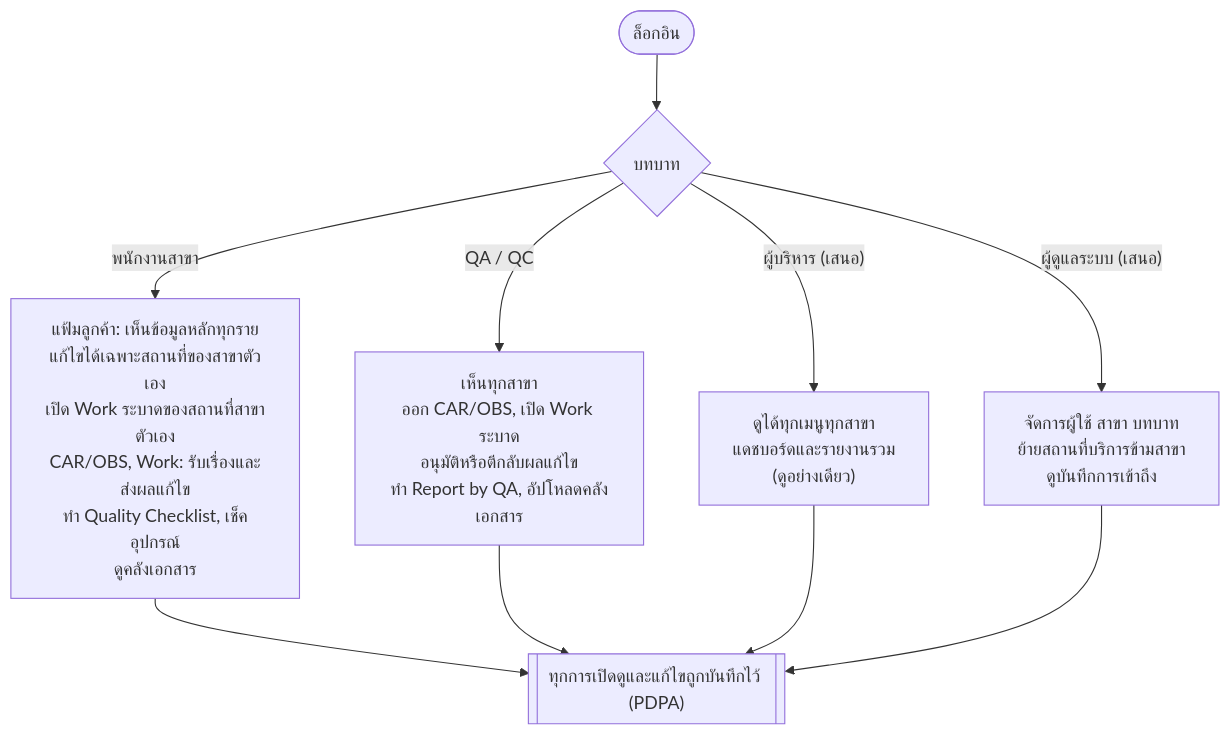
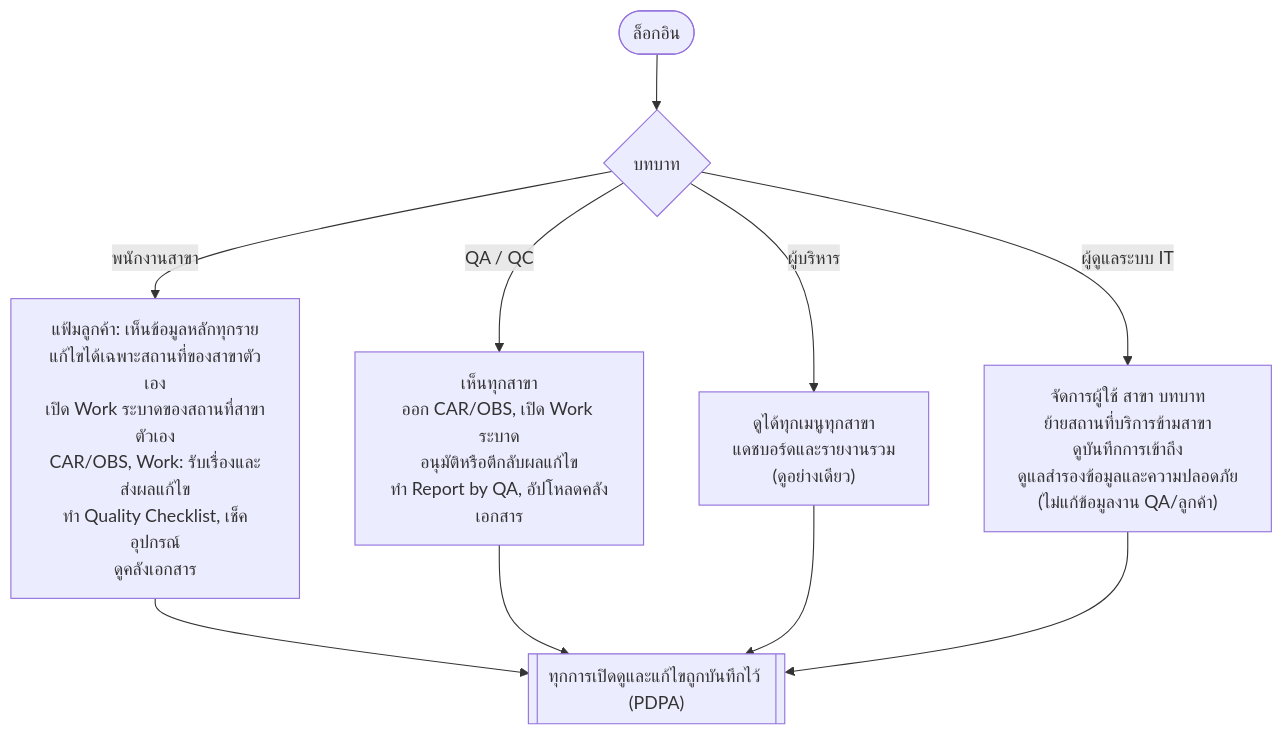
One commit to warayuthsema-alt/my-house-sh2401 changed the second of 12 diagrams in docs/research/2026-11-07-advance-group-asia-workflow-diagrams.md. Above: the diagram before and after it, drawn with Mermaid. The commit also changed other lines of this file and 2 other files, not shown here.

First line of the commit message:
Workflow diagrams v7: clickable steps with explanations; add exec and IT roles

````diff
--- a/docs/research/2026-11-07-advance-group-asia-workflow-diagrams.md
+++ b/docs/research/2026-11-07-advance-group-asia-workflow-diagrams.md
@@ -61,11 +61,11 @@
 ```mermaid
 flowchart TD
     A(["ล็อกอิน"]) --> B{"บทบาท"}
 
     B -- "พนักงานสาขา" --> C["แฟ้มลูกค้า: เห็นข้อมูลหลักทุกราย<br/>แก้ไขได้เฉพาะสถานที่ของสาขาตัวเอง<br/>เปิด Work ระบาดของสถานที่สาขาตัวเอง<br/>CAR/OBS, Work: รับเรื่องและส่งผลแก้ไข<br/>ทำ Quality Checklist, เช็คอุปกรณ์<br/>ดูคลังเอกสาร"]
     B -- "QA / QC" --> D["เห็นทุกสาขา<br/>ออก CAR/OBS, เปิด Work ระบาด<br/>อนุมัติหรือตีกลับผลแก้ไข<br/>ทำ Report by QA, อัปโหลดคลังเอกสาร"]
-    B -- "ผู้บริหาร (เสนอ)" --> E["ดูได้ทุกเมนูทุกสาขา<br/>แดชบอร์ดและรายงานรวม<br/>(ดูอย่างเดียว)"]
-    B -- "ผู้ดูแลระบบ (เสนอ)" --> F["จัดการผู้ใช้ สาขา บทบาท<br/>ย้ายสถานที่บริการข้ามสาขา<br/>ดูบันทึกการเข้าถึง"]
+    B -- "ผู้บริหาร" --> E["ดูได้ทุกเมนูทุกสาขา<br/>แดชบอร์ดและรายงานรวม<br/>(ดูอย่างเดียว)"]
+    B -- "ผู้ดูแลระบบ IT" --> F["จัดการผู้ใช้ สาขา บทบาท<br/>ย้ายสถานที่บริการข้ามสาขา<br/>ดูบันทึกการเข้าถึง<br/>ดูแลสำรองข้อมูลและความปลอดภัย<br/>(ไม่แก้ข้อมูลงาน QA/ลูกค้า)"]
 
     C & D & E & F --> G[["ทุกการเปิดดูและแก้ไขถูกบันทึกไว้ (PDPA)"]]
 ```
````
